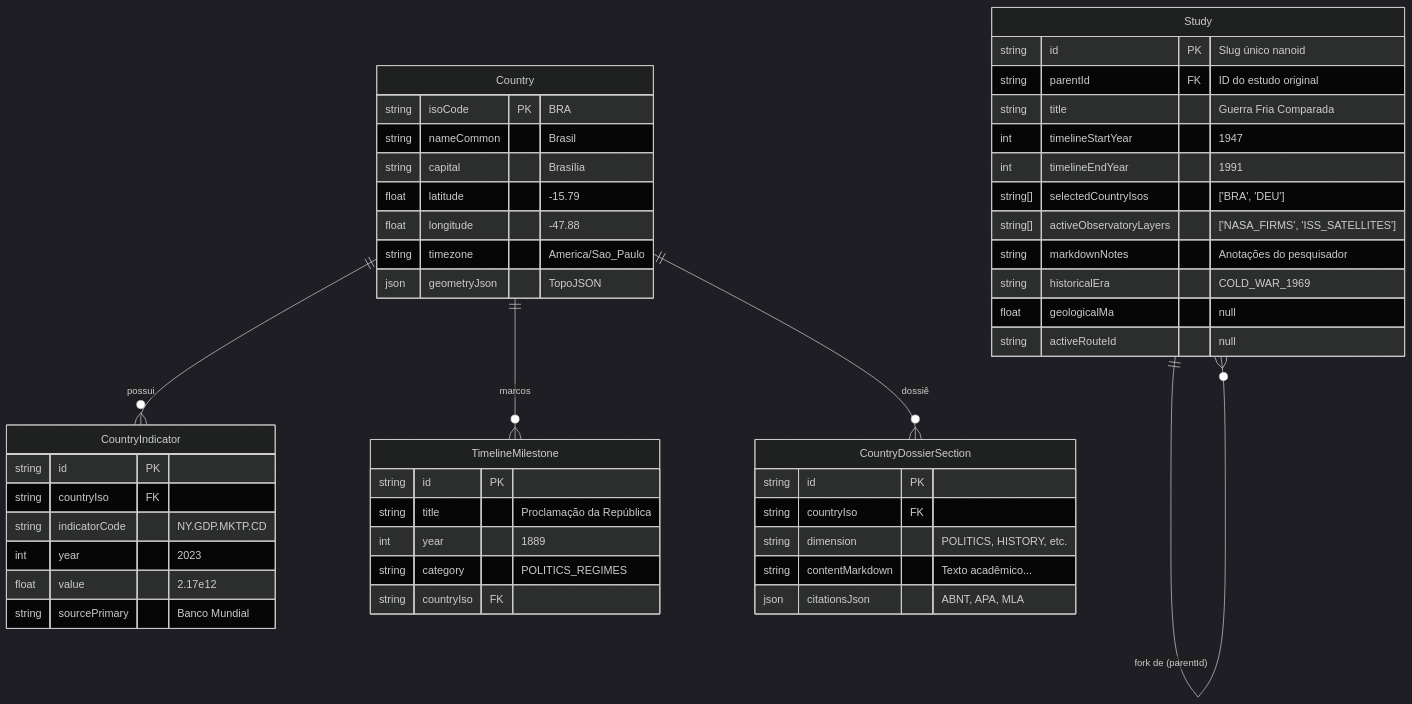
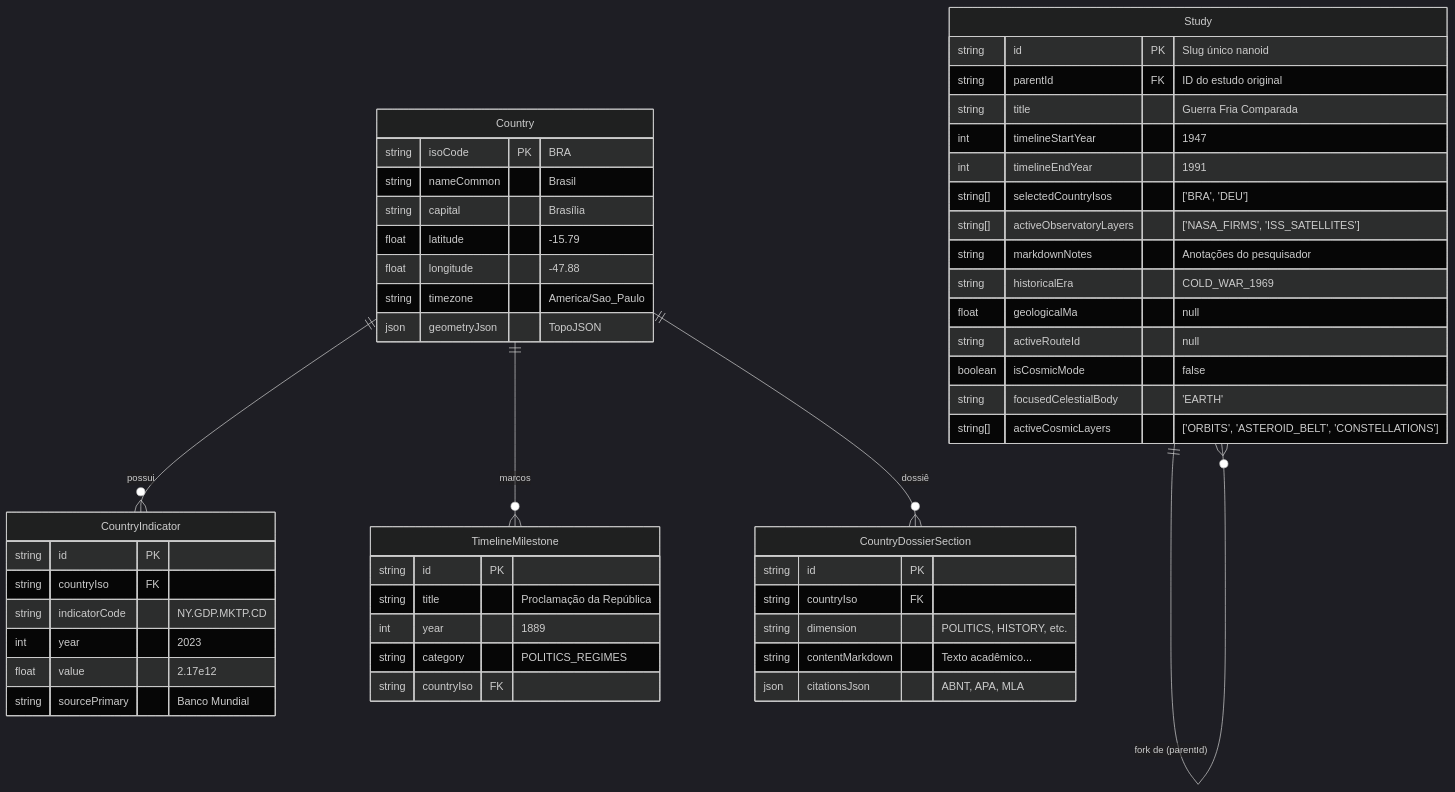
Before and after one commit to AyrtonLoks/telluspedia: the second of 2 diagrams in docs/ARCHITECTURE.md, drawn with Mermaid (dark theme). The commit also changed other lines of this file and 5 other files, not shown here.

Commit message:
docs: update roadmap, architecture, data sources, readme and agent memory for Horizonte 4 completion

````diff
--- a/docs/ARCHITECTURE.md
+++ b/docs/ARCHITECTURE.md
@@ -232,56 +276,59 @@
 ```mermaid
 erDiagram
     Country ||--o{ CountryIndicator : "possui"
     Country ||--o{ TimelineMilestone : "marcos"
     Country ||--o{ CountryDossierSection : "dossiê"
     Study ||--o{ Study : "fork de (parentId)"
 
     Country {
         string isoCode PK "BRA"
         string nameCommon "Brasil"
         string capital "Brasília"
         float latitude "-15.79"
         float longitude "-47.88"
         string timezone "America/Sao_Paulo"
         json geometryJson "TopoJSON"
     }
 
     CountryIndicator {
         string id PK
         string countryIso FK
         string indicatorCode "NY.GDP.MKTP.CD"
         int year "2023"
         float value "2.17e12"
         string sourcePrimary "Banco Mundial"
     }
 
     CountryDossierSection {
         string id PK
         string countryIso FK
         string dimension "POLITICS, HISTORY, etc."
         string contentMarkdown "Texto acadêmico..."
         json citationsJson "ABNT, APA, MLA"
     }
 
     TimelineMilestone {
         string id PK
         string title "Proclamação da República"
         int year "1889"
         string category "POLITICS_REGIMES"
         string countryIso FK
     }
 
     Study {
         string id PK "Slug único nanoid"
         string parentId FK "ID do estudo original"
         string title "Guerra Fria Comparada"
         int timelineStartYear "1947"
         int timelineEndYear "1991"
         string[] selectedCountryIsos "['BRA', 'DEU']"
         string[] activeObservatoryLayers "['NASA_FIRMS', 'ISS_SATELLITES']"
         string markdownNotes "Anotações do pesquisador"
         string historicalEra "COLD_WAR_1969"
         float geologicalMa "null"
         string activeRouteId "null"
+        boolean isCosmicMode "false"
+        string focusedCelestialBody "'EARTH'"
+        string[] activeCosmicLayers "['ORBITS', 'ASTEROID_BELT', 'CONSTELLATIONS']"
     }
 ```
````
